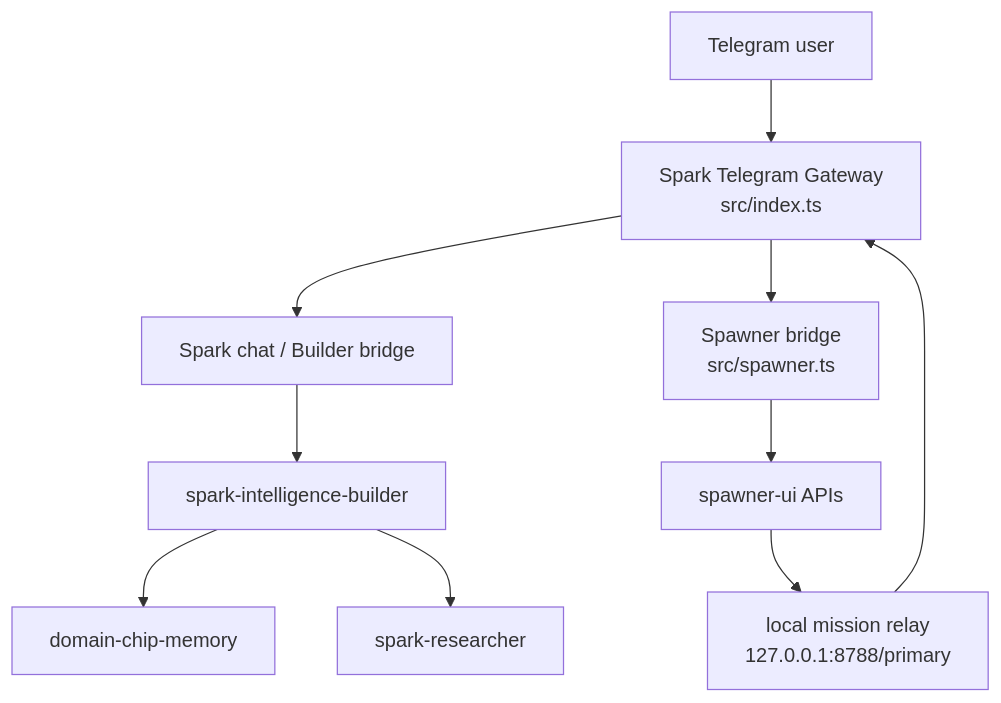
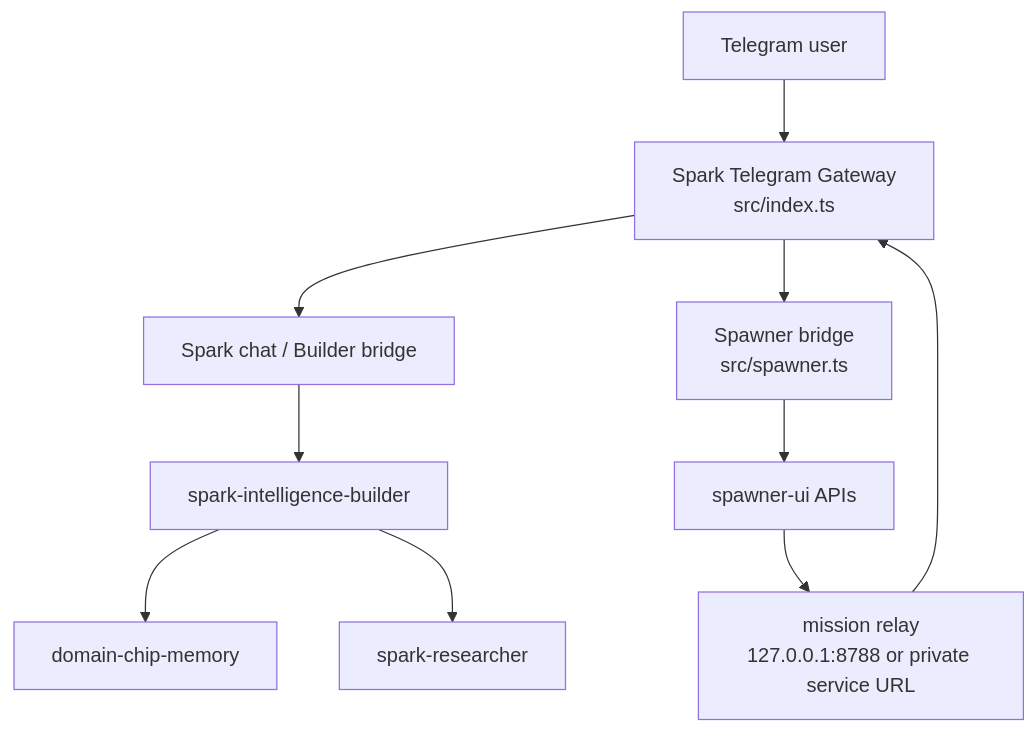
One commit to vibeforge1111/spark-telegram-bot changed the first of 2 diagrams in README.md. Above: the diagram before and after it, drawn with Mermaid. The commit also changed other lines of this file and 31 other files, not shown here.

First line of the commit message:
Harden Telegram creator mission status flow

````diff
--- a/README.md
+++ b/README.md
@@ -30,12 +30,12 @@
 ```mermaid
 flowchart TD
   User["Telegram user"] --> Gateway["Spark Telegram Gateway<br/>src/index.ts"]
   Gateway --> Chat["Spark chat / Builder bridge"]
   Chat --> Builder["spark-intelligence-builder"]
   Builder --> Memory["domain-chip-memory"]
   Builder --> Researcher["spark-researcher"]
   Gateway --> SpawnerBridge["Spawner bridge<br/>src/spawner.ts"]
   SpawnerBridge --> Spawner["spawner-ui APIs"]
-  Spawner --> Relay["local mission relay<br/>127.0.0.1:8788/primary"]
+  Spawner --> Relay["mission relay<br/>127.0.0.1:8788 or private service URL"]
   Relay --> Gateway
 ```
````
